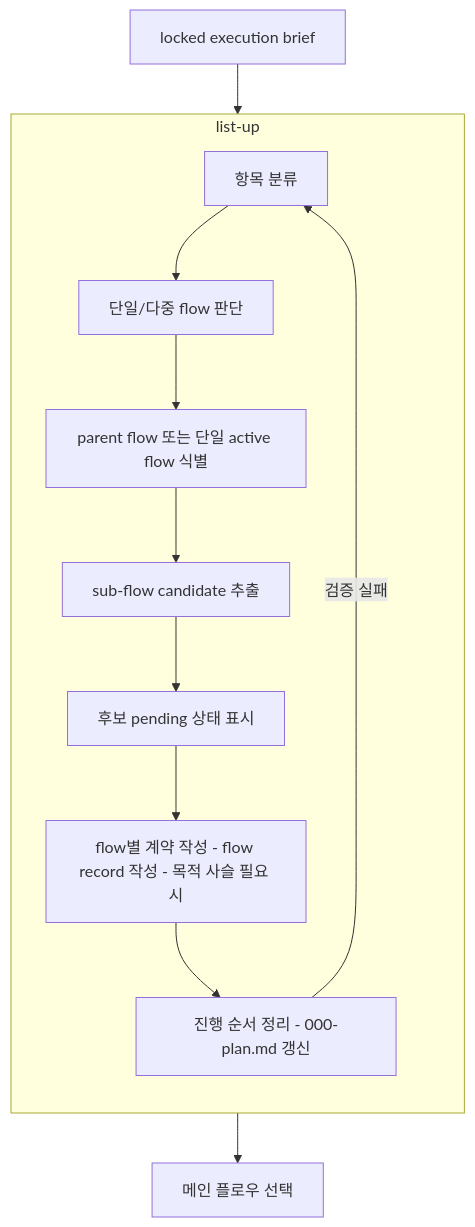
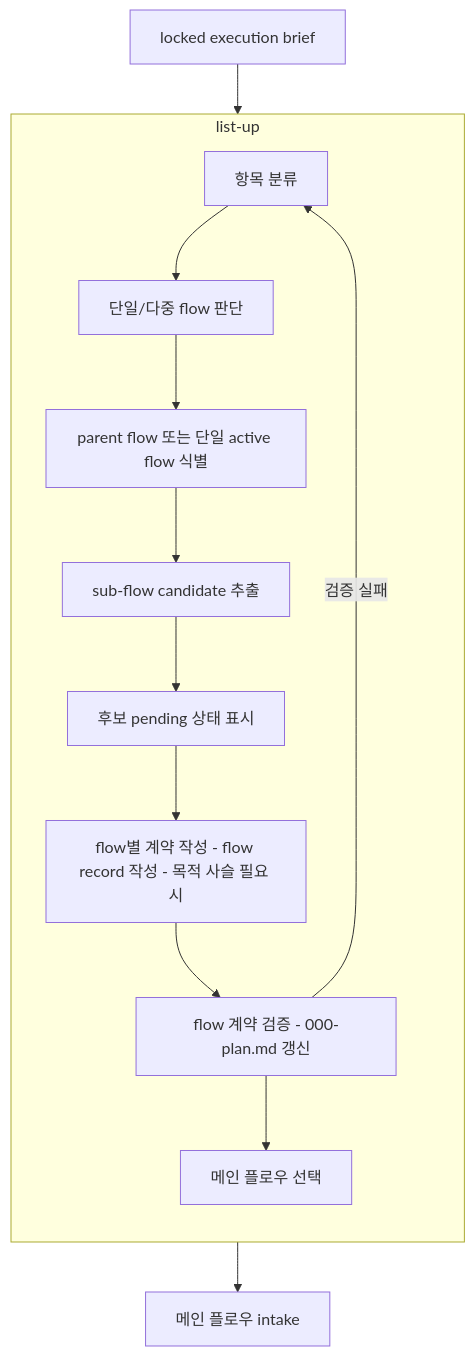
One commit to opnay/agent-plugins changed the third of 3 diagrams in src/loop-kit-dev/specs/skills/flow/intent.md. Above: the diagram before and after it, drawn with Mermaid. The commit also changed other lines of this file and 9 other files, not shown here.

First line of the commit message:
docs: clarify flow contract validation

````diff
--- a/src/loop-kit-dev/specs/skills/flow/intent.md
+++ b/src/loop-kit-dev/specs/skills/flow/intent.md
@@ -43,17 +47,18 @@
 ```mermaid
 graph TD
   BRIEF[locked execution brief] --> LIST_UP
 
   subgraph LIST_UP[list-up]
     direction TB
     CLASSIFY[항목 분류] --> UNIT[단일/다중 flow 판단]
     UNIT --> PARENT[parent flow 또는 단일 active flow 식별]
     PARENT --> CANDIDATES[sub-flow candidate 추출]
     CANDIDATES --> PENDING[후보 pending 상태 표시]
     PENDING --> CONTRACT[flow별 계약 작성 - flow record 작성 - 목적 사슬 필요 시]
-    CONTRACT --> ORDER[진행 순서 정리 - 000-plan.md 갱신]
-    ORDER -->|검증 실패| CLASSIFY
+    CONTRACT --> CONTRACT_VERIFY[flow 계약 검증 - 000-plan.md 갱신]
+    CONTRACT_VERIFY --> SELECT[메인 플로우 선택]
+    CONTRACT_VERIFY -->|검증 실패| CLASSIFY
   end
 
-  LIST_UP --> MAIN[메인 플로우 선택]
+  SELECT --> MAIN[메인 플로우 intake]
 ```
````
